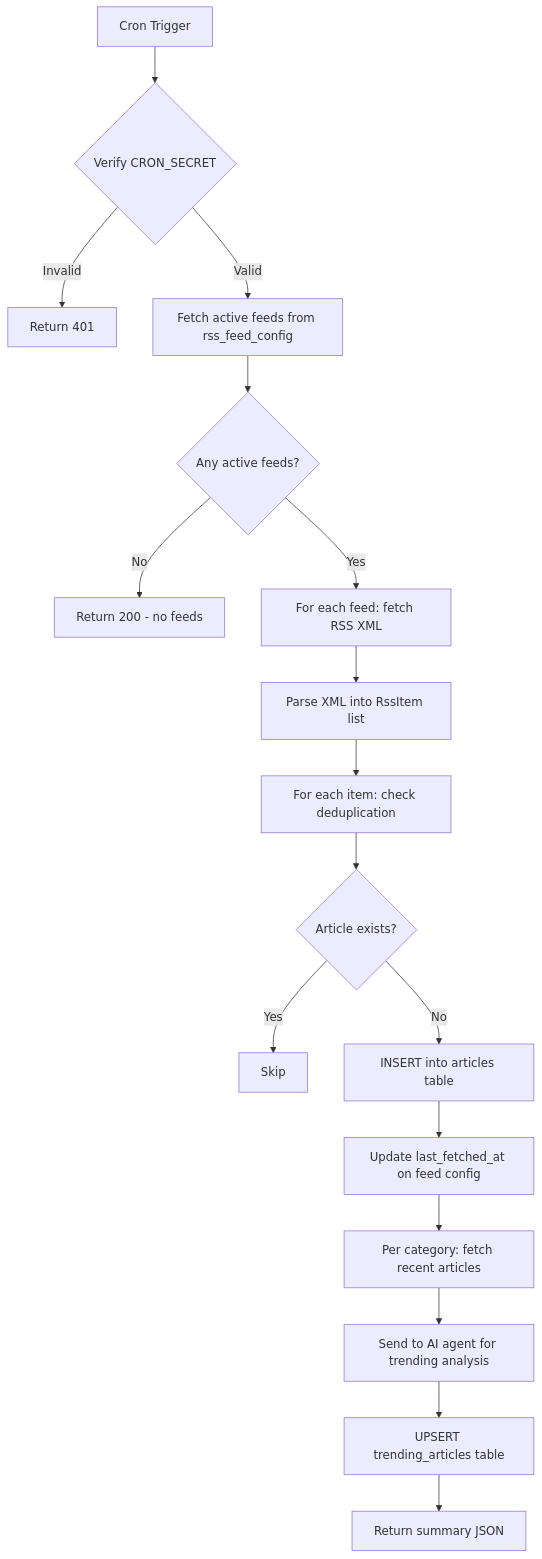
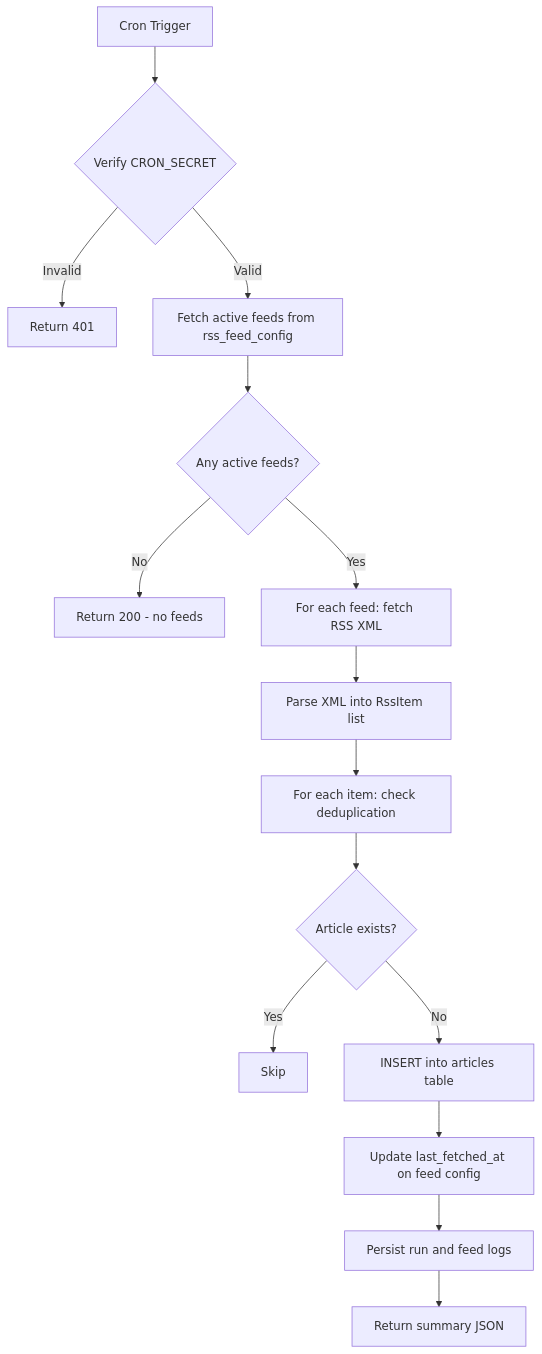
One commit to rameshbgm/belgaum-today changed the first of 3 diagrams in docs/07-crons-apis-agents.md. Above: the diagram before and after it, drawn with Mermaid. The commit also changed other lines of this file and 57 other files, not shown here.

````diff
--- a/docs/07-crons-apis-agents.md
+++ b/docs/07-crons-apis-agents.md
@@ -17,19 +17,17 @@
 ```mermaid
 graph TD
     A[Cron Trigger] --> B{Verify CRON_SECRET}
     B -->|Invalid| C[Return 401]
     B -->|Valid| D[Fetch active feeds from rss_feed_config]
     D --> E{Any active feeds?}
     E -->|No| F[Return 200 - no feeds]
     E -->|Yes| G[For each feed: fetch RSS XML]
     G --> H[Parse XML into RssItem list]
     H --> I[For each item: check deduplication]
     I --> J{Article exists?}
     J -->|Yes| K[Skip]
     J -->|No| L[INSERT into articles table]
     L --> M[Update last_fetched_at on feed config]
-    M --> N[Per category: fetch recent articles]
-    N --> O[Send to AI agent for trending analysis]
-    O --> P[UPSERT trending_articles table]
-    P --> Q[Return summary JSON]
+    M --> N[Persist run and feed logs]
+    N --> O[Return summary JSON]
 ```
````
